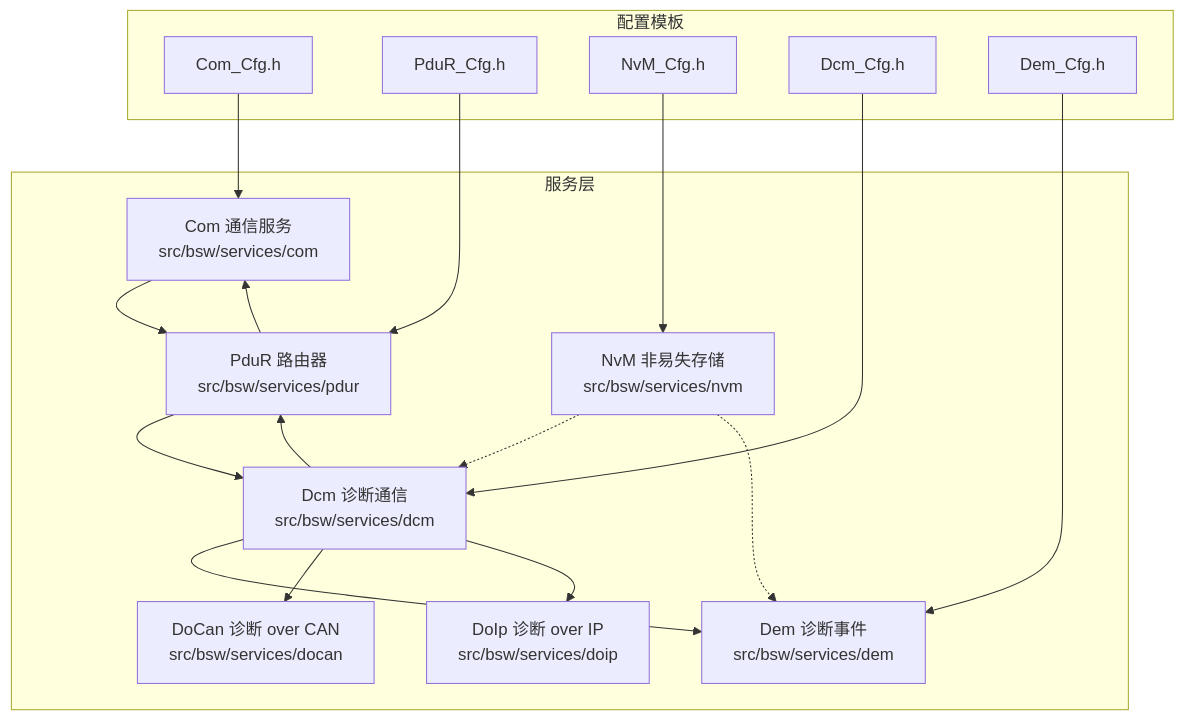
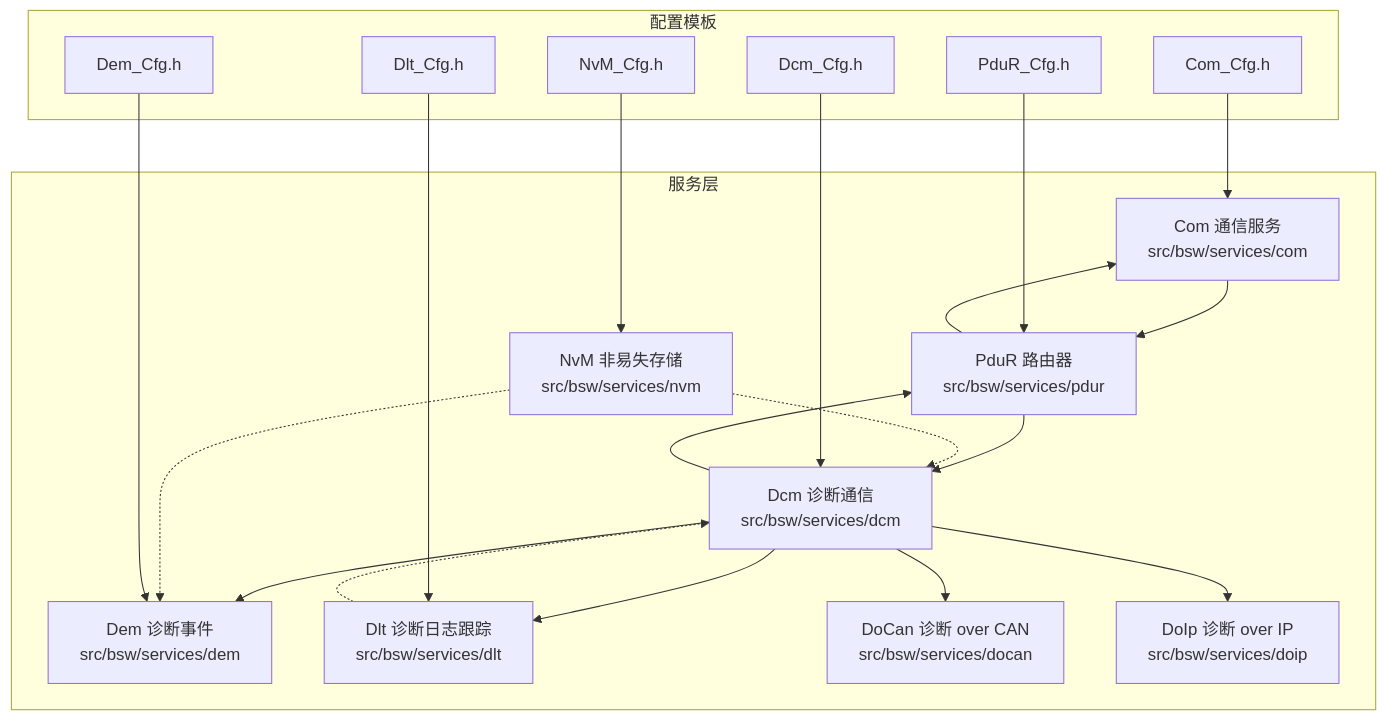
Before and after one commit to frisky1985/yuleASR: the first of 9 diagrams in .qoder/repowiki/zh/content/服务层/服务层.md, drawn with Mermaid. The commit also changed other lines of this file and 4 other files, not shown here.

````diff
--- a/.qoder/repowiki/zh/content/服务层/服务层.md
+++ b/.qoder/repowiki/zh/content/服务层/服务层.md
@@ -40,33 +53,38 @@
 ```mermaid
 graph TB
 subgraph "服务层"
 COM["Com 通信服务<br/>src/bsw/services/com"]
 PDUR["PduR 路由器<br/>src/bsw/services/pdur"]
 NVM["NvM 非易失存储<br/>src/bsw/services/nvm"]
 DCM["Dcm 诊断通信<br/>src/bsw/services/dcm"]
 DEM["Dem 诊断事件<br/>src/bsw/services/dem"]
+DLT["Dlt 诊断日志跟踪<br/>src/bsw/services/dlt"]
 DOCAN["DoCan 诊断 over CAN<br/>src/bsw/services/docan"]
 DOIP["DoIp 诊断 over IP<br/>src/bsw/services/doip"]
 end
 subgraph "配置模板"
 CFG_COM["Com_Cfg.h"]
 CFG_PDUR["PduR_Cfg.h"]
 CFG_NVM["NvM_Cfg.h"]
 CFG_DCM["Dcm_Cfg.h"]
 CFG_DEM["Dem_Cfg.h"]
+CFG_DLT["Dlt_Cfg.h"]
 end
 COM --> PDUR
 PDUR --> COM
 PDUR --> DCM
 DCM --> PDUR
 DCM --> DEM
+DCM --> DLT
 DCM --> DOCAN
 DCM --> DOIP
 NVM -.-> DCM
 NVM -.-> DEM
+DLT -.-> DCM
 CFG_COM --> COM
 CFG_PDUR --> PDUR
 CFG_NVM --> NVM
 CFG_DCM --> DCM
 CFG_DEM --> DEM
+CFG_DLT --> DLT
 ```
````
